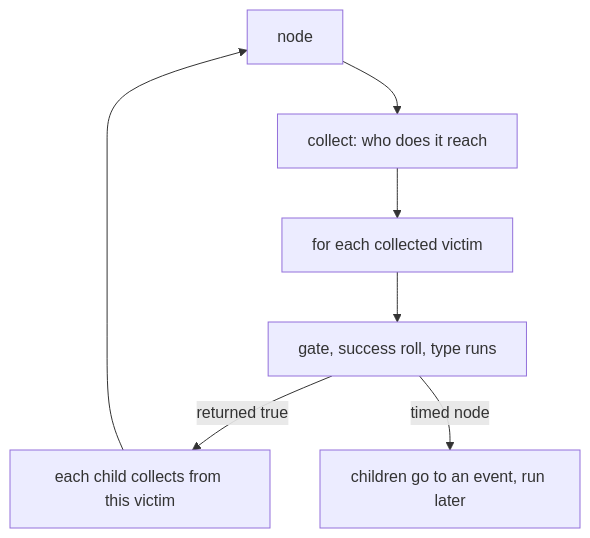
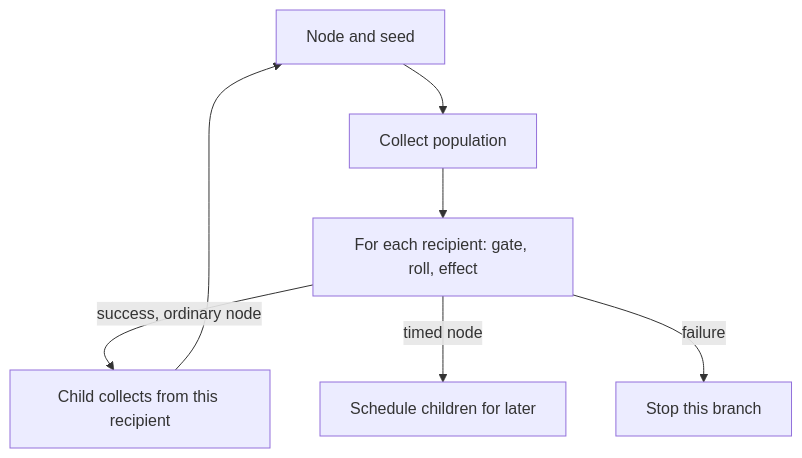
The second of 2 diagrams in foundations/skills/nodes-and-phases.md (universal-core/website), drawn with Mermaid before and after one commit. The commit also changed other lines of this file and 163 other files, not shown here.

````diff
--- a/foundations/skills/nodes-and-phases.md
+++ b/foundations/skills/nodes-and-phases.md
@@ -157,9 +64,9 @@
 ```mermaid
 flowchart TD
-    N["node"] --> C["collect: who does it reach"]
-    C --> V["for each collected victim"]
-    V --> G["gate, success roll, type runs"]
-    G -->|"returned true"| K["each child collects from this victim"]
-    K --> N
-    G -->|"timed node"| T["children go to an event, run later"]
+    A["Node and seed"] --> B["Collect population"]
+    B --> C["For each recipient: gate, roll, effect"]
+    C -->|"success, ordinary node"| D["Child collects from this recipient"]
+    D --> A
+    C -->|"timed node"| E["Schedule children for later"]
+    C -->|"failure"| F["Stop this branch"]
 ```
````
